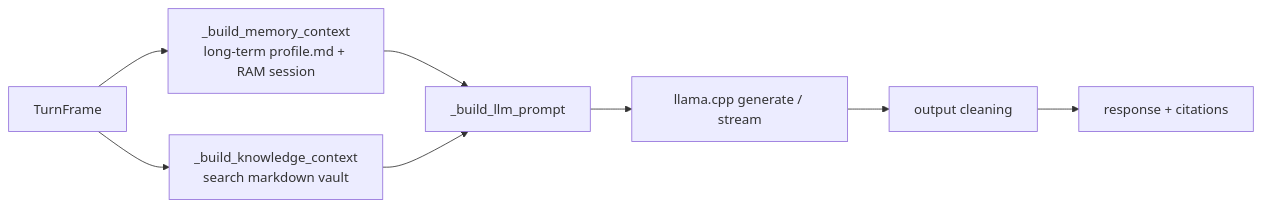
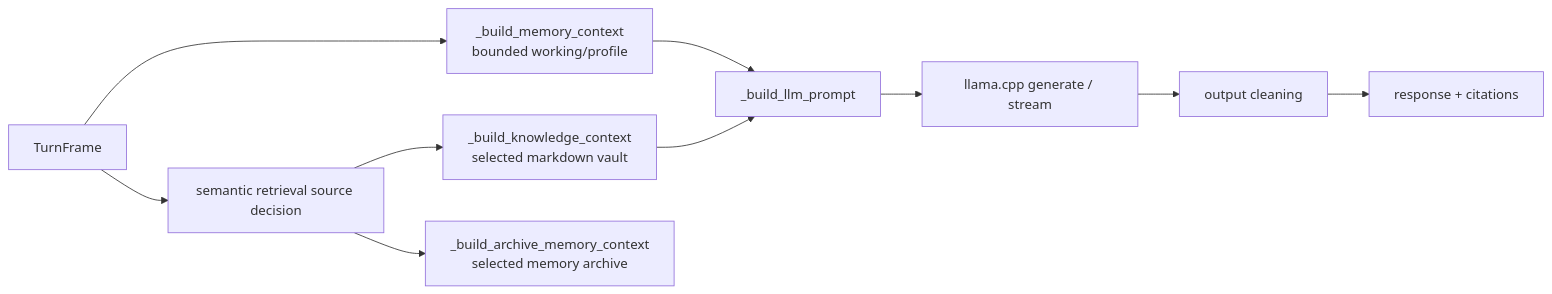
Before and after one commit to finalflash159/soca: the third of 4 diagrams in docs/05-assistant-runtime.md, drawn with Mermaid. The commit also changed other lines of this file and 4 other files, not shown here.

Commit message:
docs: record shared routing and working memory lifecycle

````diff
--- a/docs/05-assistant-runtime.md
+++ b/docs/05-assistant-runtime.md
@@ -110,9 +116,11 @@
 ```mermaid
 flowchart LR
-    F[TurnFrame] --> M[_build_memory_context<br/>long-term profile.md + RAM session]
-    F --> K[_build_knowledge_context<br/>search markdown vault]
+    F[TurnFrame] --> M[_build_memory_context<br/>bounded working/profile]
+    F --> R[semantic retrieval source decision]
+    R --> K[_build_knowledge_context<br/>selected markdown vault]
+    R --> A[_build_archive_memory_context<br/>selected memory archive]
     M & K --> P[_build_llm_prompt]
     P --> LLM[llama.cpp generate / stream]
     LLM --> CL[output cleaning]
     CL --> OUT[response + citations]
 ```
````
